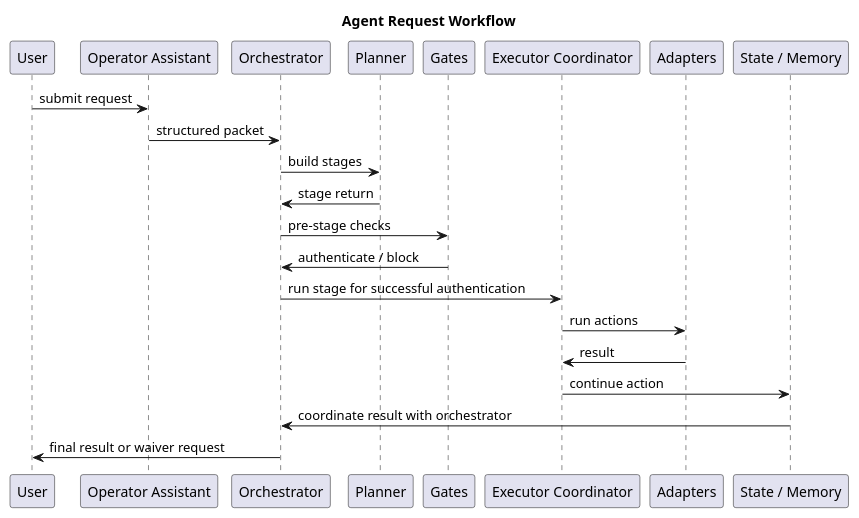
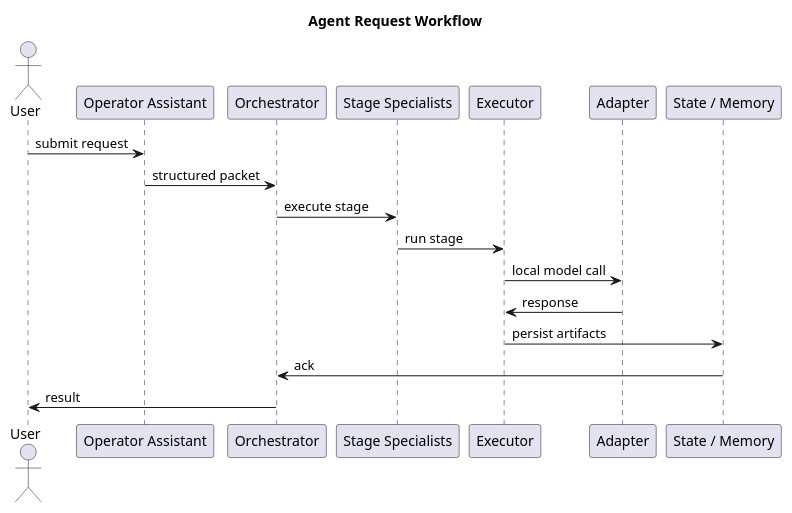
Before and after one commit to zseitz/PorePythonPeople: the second of 2 diagrams in Docs/AGENT_ARCHITECTURE_SUMMARY.md, drawn with PlantUML. The commit also changed other lines of this file, not shown here.

Commit message:
updated agent architecture summary

````diff
--- a/Docs/AGENT_ARCHITECTURE_SUMMARY.md
+++ b/Docs/AGENT_ARCHITECTURE_SUMMARY.md
@@ -74,26 +97,22 @@
 ```plantuml
 @startuml
 title Agent Request Workflow
-participant User
+actor User
 participant "Operator Assistant" as OA
 participant Orchestrator
-participant Planner
-participant Gates
-participant "Executor Coordinator" as EC
-participant Adapters
+participant "Stage Specialists" as Spec
+participant Executor
+participant Adapter
 participant "State / Memory" as State
 
 User -> OA: submit request
 OA -> Orchestrator: structured packet
-Orchestrator -> Planner: build stages
-Planner -> Orchestrator: stage return
-Orchestrator -> Gates: pre-stage checks
-Gates -> Orchestrator: authenticate / block
-Orchestrator -> EC: run stage for successful authentication
-EC -> Adapters: run actions
-Adapters -> EC: result
-EC -> State: continue action
-State -> Orchestrator: coordinate result with orchestrator
-Orchestrator -> User: final result or waiver request
+Orchestrator -> Spec: execute stage
+Spec -> Executor: run stage
+Executor -> Adapter: local model call
+Adapter -> Executor: response
+Executor -> State: persist artifacts
+State -> Orchestrator: ack
+Orchestrator -> User: result
 @enduml
 ```
````
